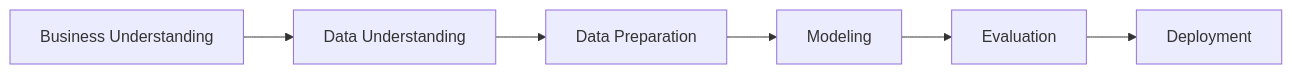
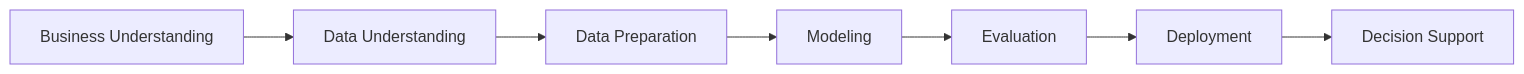
Before and after one commit to manuelpeba/market-value-football-tfm: the second of 2 diagrams in README.md, drawn with Mermaid. The commit also changed other lines of this file and 5 other files, not shown here.

````diff
--- a/README.md
+++ b/README.md
@@ -366,10 +415,11 @@
 ```mermaid
 flowchart LR
 
 A[Business Understanding]
 --> B[Data Understanding]
 --> C[Data Preparation]
 --> D[Modeling]
 --> E[Evaluation]
 --> F[Deployment]
+--> G[Decision Support]
 ```
````
